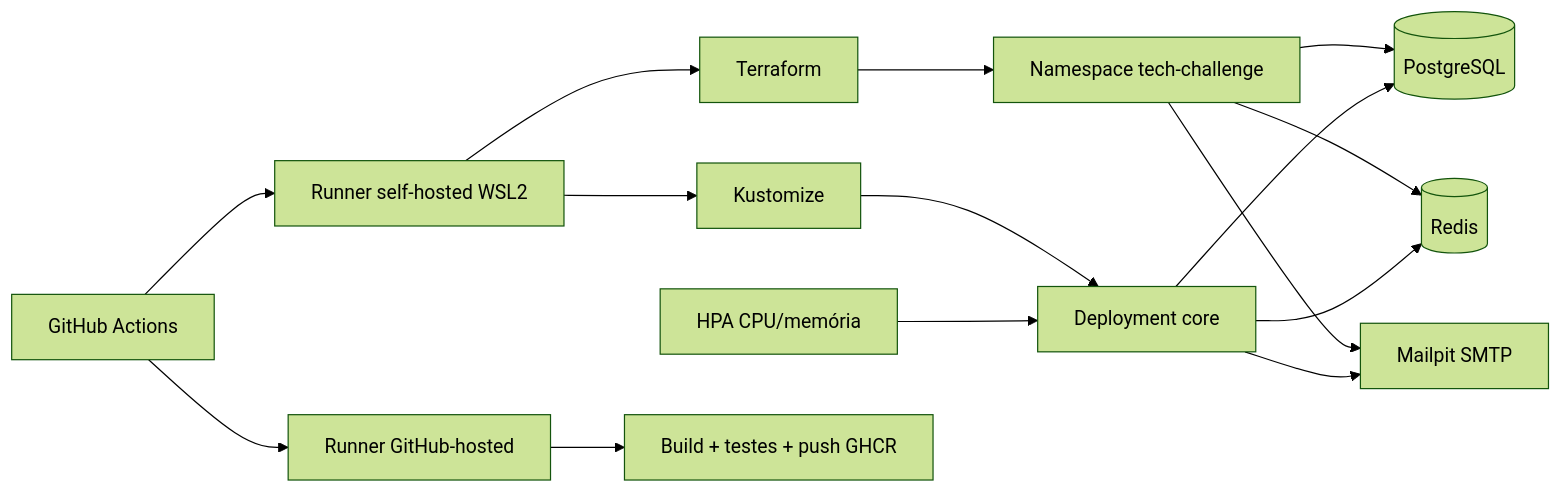
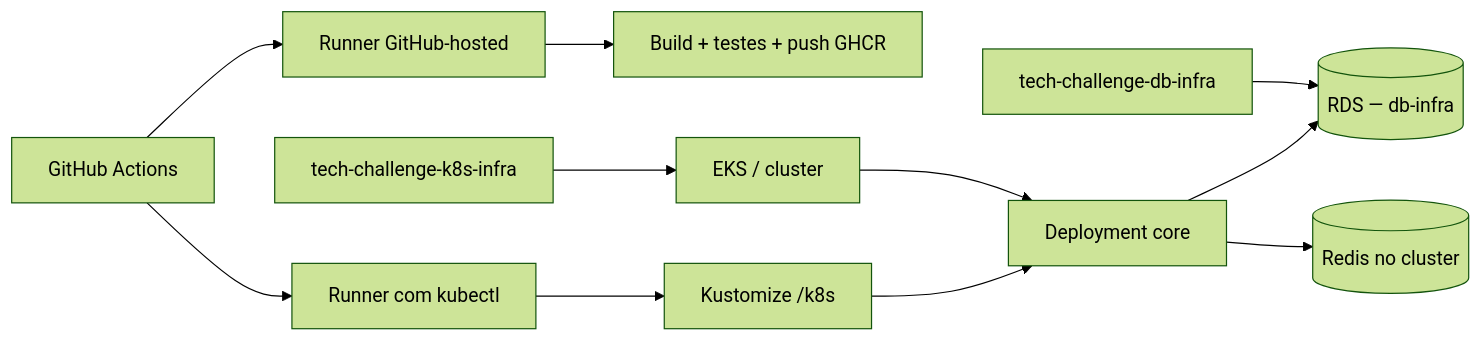
Before and after one commit to fiap-pos-2026/tech-challenge-core: the second of 2 diagrams in README.md, drawn with Mermaid (forest theme). The commit also changed other lines of this file and 16 other files, not shown here.

First line of the commit message:
chore: remove Terraform local e restringe o CI ao deploy Kustomize

````diff
--- a/README.md
+++ b/README.md
@@ -220,17 +219,13 @@
 ```mermaid
 flowchart LR
-  TF[Terraform] --> NS[Namespace tech-challenge]
-  NS --> PG[(PostgreSQL)]
-  NS --> Redis[(Redis)]
-  NS --> Mailpit[Mailpit SMTP]
-  K[Kustomize] --> Core[Deployment core]
-  Core --> PG
-  Core --> Redis
-  Core --> Mailpit
-  HPA[HPA CPU/memória] --> Core
   GA[GitHub Actions] --> Hosted[Runner GitHub-hosted]
   Hosted --> Build[Build + testes + push GHCR]
-  GA --> Runner[Runner self-hosted WSL2]
-  Runner --> TF
-  Runner --> K
+  GA --> Runner[Runner com kubectl]
+  Runner --> K[Kustomize /k8s]
+  K --> Core[Deployment core]
+  Core --> PG[(RDS — db-infra)]
+  Core --> Redis[(Redis no cluster)]
+  DBInfra[tech-challenge-db-infra] --> PG
+  K8sInfra[tech-challenge-k8s-infra] --> EKS[EKS / cluster]
+  EKS --> Core
 ```
````
